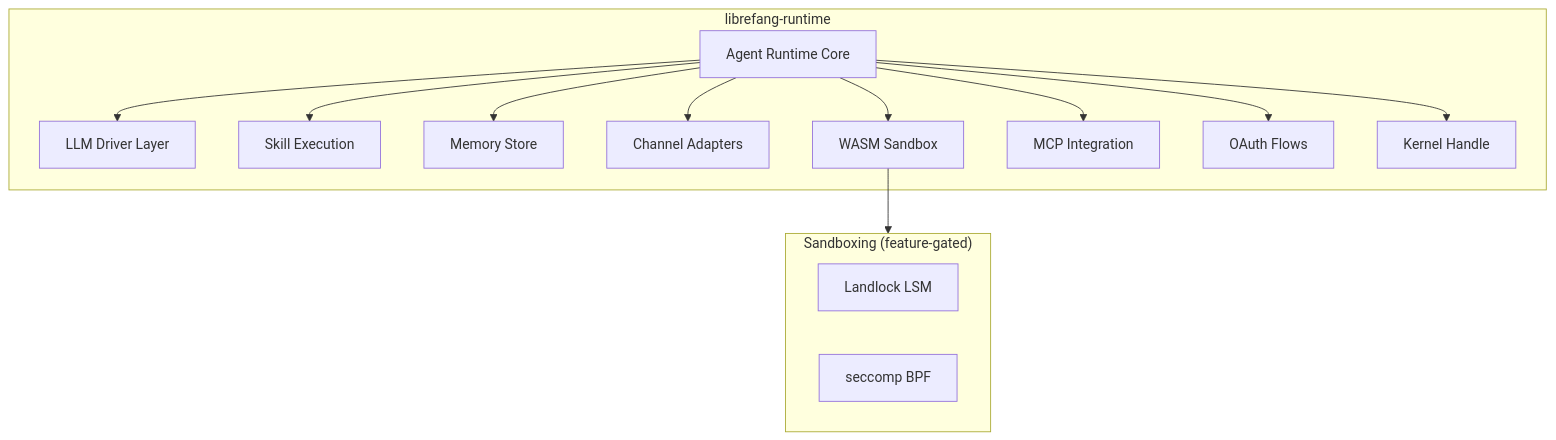
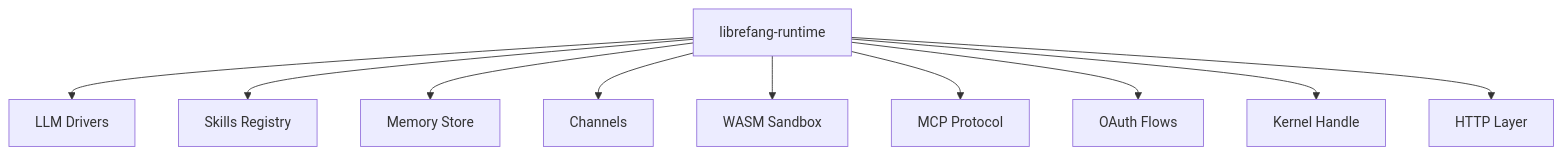
Before and after one commit to leszek3737/librefang-WIki: the diagram in other-librefang-runtime.md, drawn with Mermaid. The commit also changed other lines of this file and 100 other files, not shown here.

````diff
--- a/other-librefang-runtime.md
+++ b/other-librefang-runtime.md
@@ -9,21 +11,12 @@
 ```mermaid
-graph TB
-    subgraph Runtime ["librefang-runtime"]
-        RT[Agent Runtime Core]
-        RT --> LLM[LLM Driver Layer]
-        RT --> SK[Skill Execution]
-        RT --> MEM[Memory Store]
-        RT --> CH[Channel Adapters]
-        RT --> WASM[WASM Sandbox]
-        RT --> MCP[MCP Integration]
-        RT --> OAUTH[OAuth Flows]
-        RT --> KH[Kernel Handle]
-    end
-
-    subgraph Sandboxing ["Sandboxing (feature-gated)"]
-        LL[Landlock LSM]
-        SC[seccomp BPF]
-    end
-
-    WASM --> Sandboxing
+graph TD
+    RT[librefang-runtime] --> LLM[LLM Drivers]
+    RT --> SKILLS[Skills Registry]
+    RT --> MEM[Memory Store]
+    RT --> CH[Channels]
+    RT --> WASM[WASM Sandbox]
+    RT --> MCP[MCP Protocol]
+    RT --> OAUTH[OAuth Flows]
+    RT --> KH[Kernel Handle]
+    RT --> HTTP[HTTP Layer]
 ```
````
